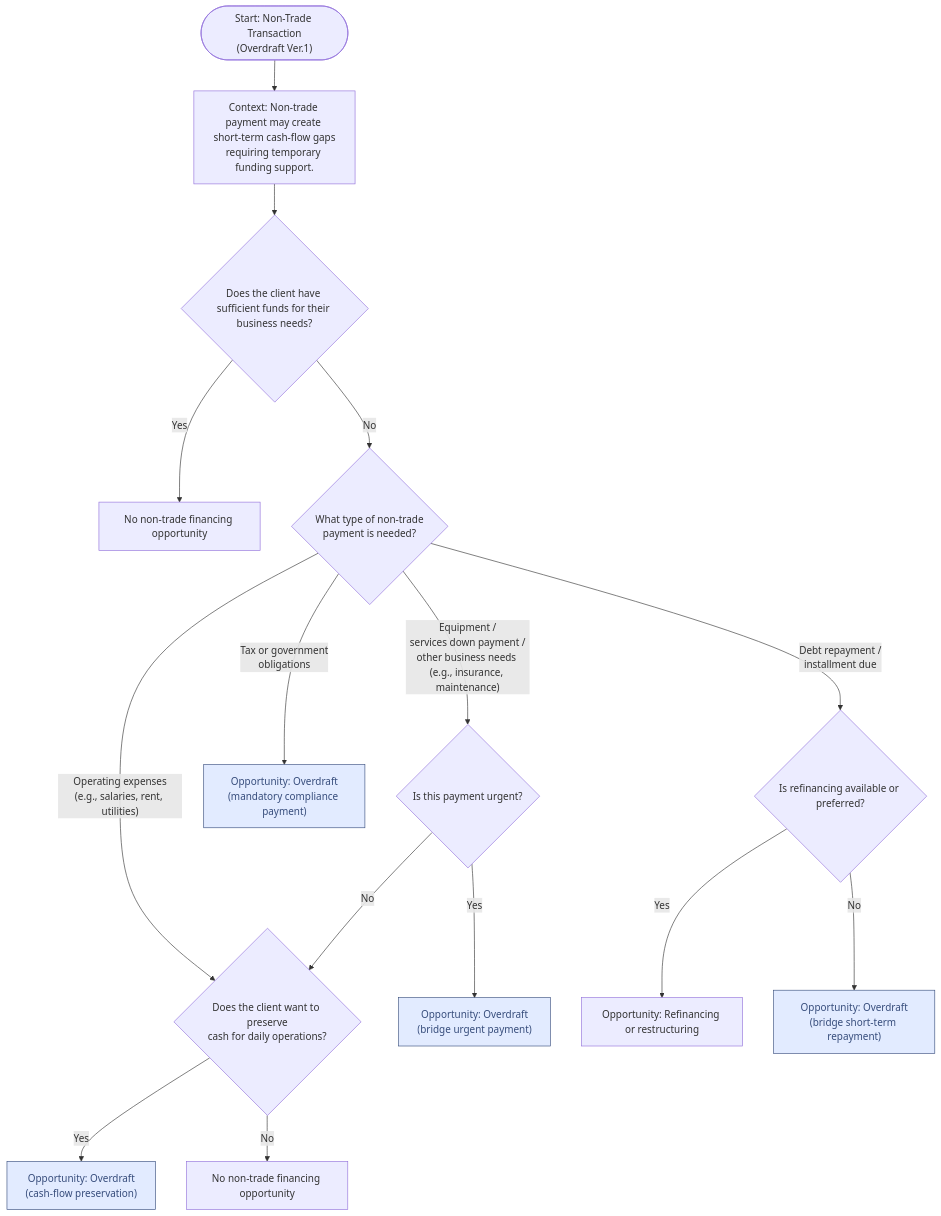
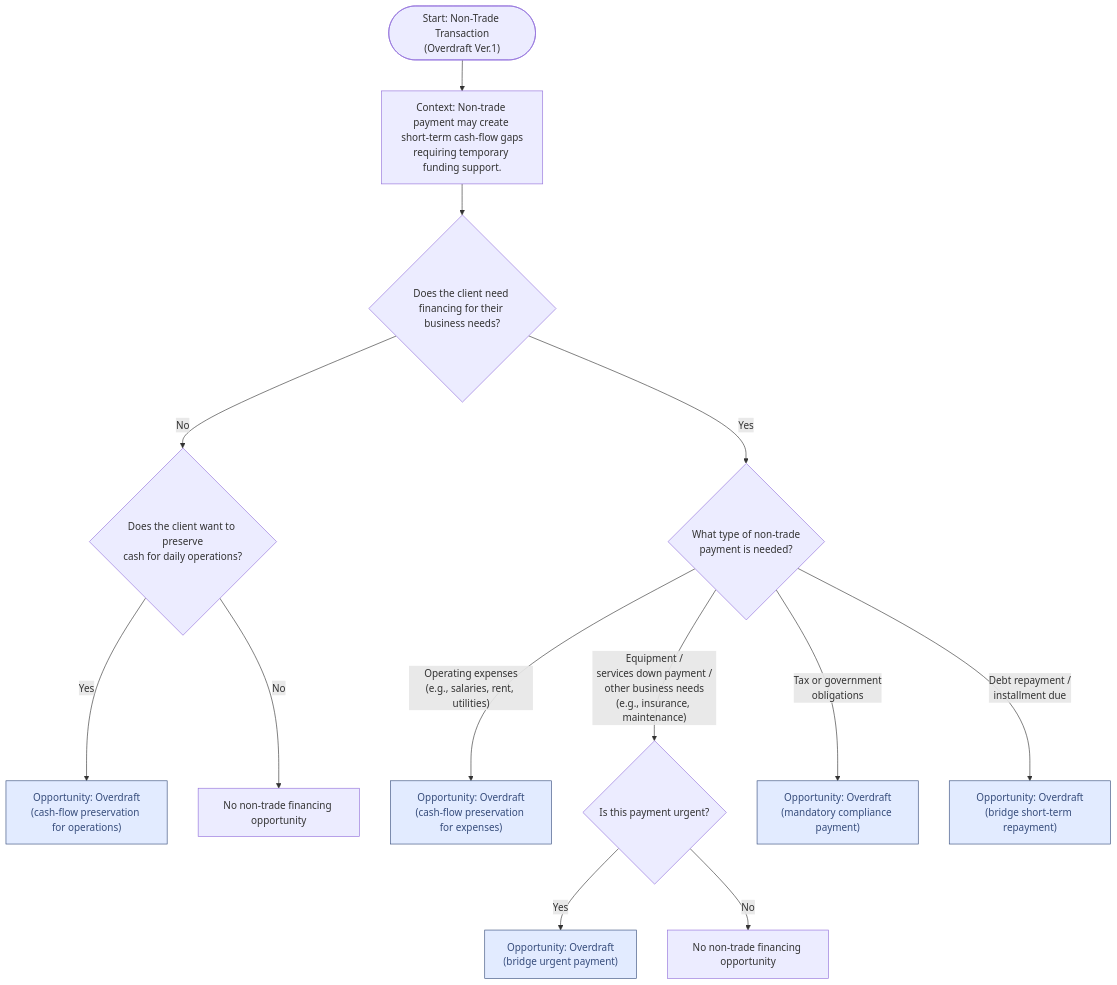
One commit to sage-develop/why changed the diagram in tvc_decision_trees/loans_non_trade_trees/overdraft_tree.md. Above: the diagram before and after it, drawn with Mermaid. The commit also changed 2 other files, not shown here.

Commit message:
fix 1st round

````diff
--- a/tvc_decision_trees/loans_non_trade_trees/overdraft_tree.md
+++ b/tvc_decision_trees/loans_non_trade_trees/overdraft_tree.md
@@ -9,24 +9,23 @@
 ```mermaid
 flowchart TD
-    Start@{ label: "Start: Non-Trade Transaction<br style=\"--tw-scale-x:\">(Overdraft Ver.1)" } -- <br> --> Context["Context: Non-trade payment may create short-term cash-flow gaps<br>requiring temporary funding support."]
-    Context --> Q1{"Does the client have sufficient funds for their business needs?"}
-    Q1 -- Yes --> End1["No non-trade financing opportunity"]
-    Q1 -- No --> Q2{"What type of non-trade<br>payment is needed?"}
-    Q2 -- "Operating expenses<br>(e.g., salaries, rent, utilities)" --> Q4{"Does the client want to preserve<br>cash for daily operations?"}
-    Q2 -- "Equipment /<br>services down payment /<br>other business needs <br>(e.g., insurance, maintenance)" --> Q3{"Is this payment urgent?"}
+    Start(["Start: Non-Trade Transaction<br>(Overdraft Ver.1)"]) --> Context["Context: Non-trade payment may create short-term cash-flow gaps<br>requiring temporary funding support."]
+    Context --> Q1{"Does the client need financing for their business needs?"}
+    Q1 -- No --> Q4{"Does the client want to preserve<br>cash for daily operations?"}
+    Q4 -- Yes --> OD2A["Opportunity: Overdraft<br>(cash-flow preservation for operations)"]
+    Q4 -- No --> End1["No non-trade financing opportunity"]
+    Q1 -- Yes --> Q2{"What type of non-trade<br>payment is needed?"}
+    Q2 -- "Operating expenses<br>(e.g., salaries, rent, utilities)" --> OD2B["Opportunity: Overdraft<br>(cash-flow preservation for expenses)"]
+    Q2 -- "Equipment /<br>services down payment /<br>other business needs<br>(e.g., insurance, maintenance)" --> Q3{"Is this payment urgent?"}
     Q2 -- Tax or government<br>obligations --> OD1["Opportunity: Overdraft<br>(mandatory compliance payment)"]
-    Q2 -- Debt repayment /<br>installment due --> Q5{"Is refinancing available or preferred?"}
-    Q3 -- Yes --> OD3["Opportunity: Overdraft<br>(bridge urgent payment)"]
-    Q3 -- No --> Q4
-    Q4 -- Yes --> OD2["Opportunity: Overdraft<br>(cash-flow preservation)"]
-    Q4 -- No --> End2["No non-trade financing opportunity"]
-    Q5 -- Yes --> End3["Opportunity: Refinancing or restructuring"]
-    Q5 -- No --> OD5["Opportunity: Overdraft<br>(bridge short-term repayment)"]
+    Q2 -- Debt repayment /<br>installment due --> OD5["Opportunity: Overdraft<br>(bridge short-term repayment)"]
+    Q3 -- Yes --> OD3A["Opportunity: Overdraft<br>(bridge urgent payment)"]
+    Q3 -- No --> OD2C@{ label: "<span style=\"color:\">No non-trade financing opportunity</span>" }
 
-    Start@{ shape: stadium}
+    OD2C@{ shape: rect}
+     OD2A:::Sky
+     OD2B:::Sky
      OD1:::Sky
-     OD3:::Sky
-     OD2:::Sky
      OD5:::Sky
+     OD3A:::Sky
     classDef Sky stroke-width:1px, stroke-dasharray:none, stroke:#374D7C, fill:#E2EBFF, color:#374D7C
 ```
````
